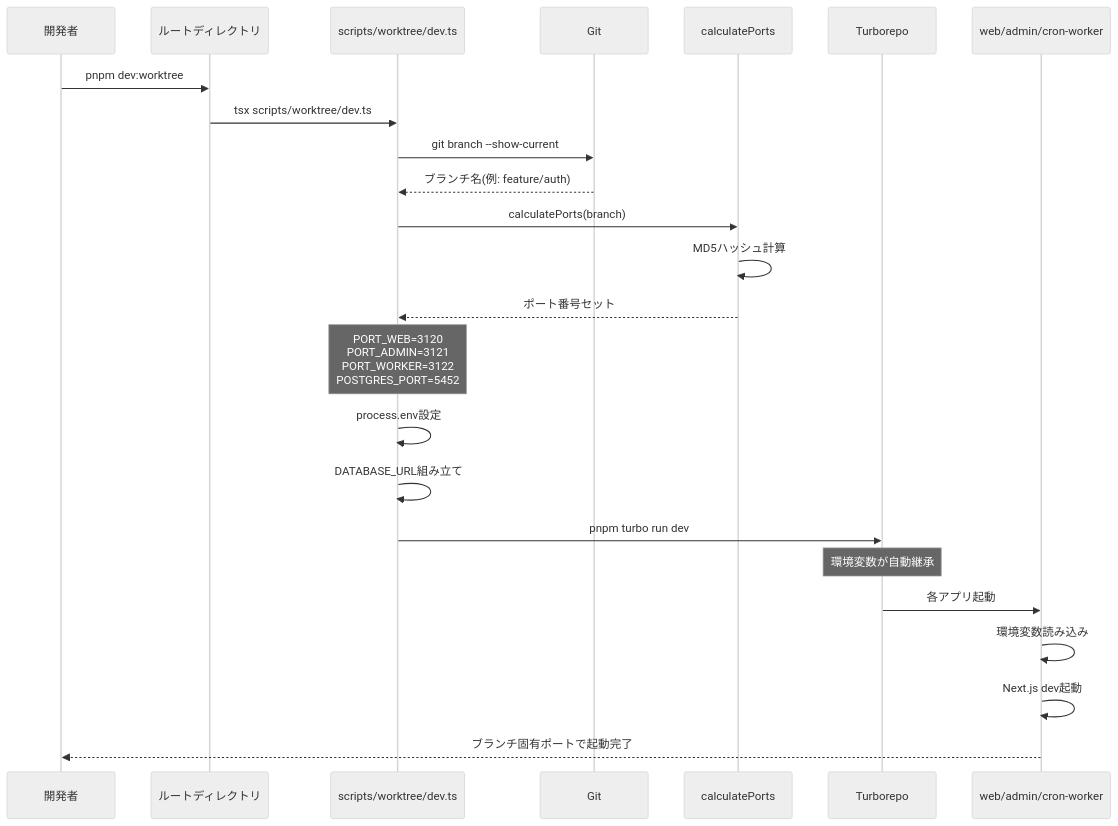
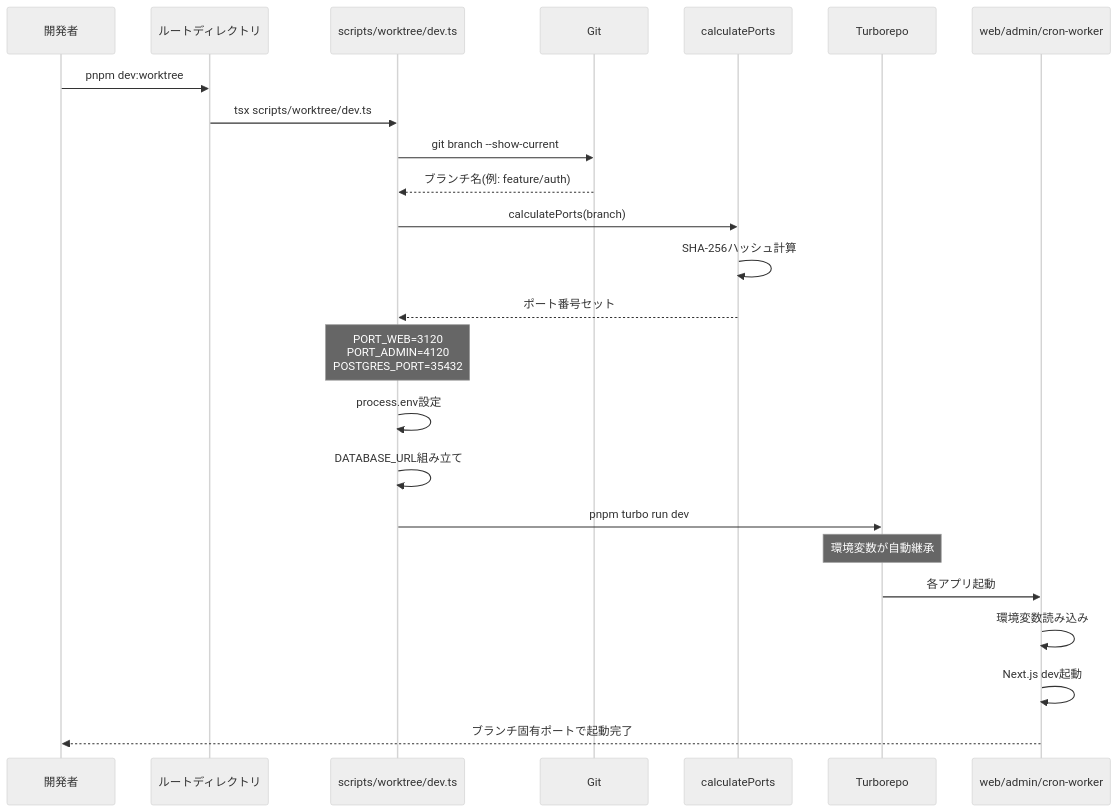
One commit to einja-inc/einja-management-template changed the fourth of 4 diagrams in docs/steering/infrastructure/deployment.md. Above: the diagram before and after it, drawn with Mermaid (neutral theme). The commit also changed other lines of this file and 17 other files, not shown here.

````diff
--- a/docs/steering/infrastructure/deployment.md
+++ b/docs/steering/infrastructure/deployment.md
@@ -409,27 +398,27 @@
 ```mermaid
 sequenceDiagram
     participant Dev as 開発者
     participant Root as ルートディレクトリ
     participant Script as scripts/worktree/dev.ts
     participant Git as Git
     participant Calc as calculatePorts
     participant Turbo as Turborepo
     participant App as web/admin/cron-worker
 
     Dev->>Root: pnpm dev:worktree
     Root->>Script: tsx scripts/worktree/dev.ts
     Script->>Git: git branch --show-current
     Git-->>Script: ブランチ名(例: feature/auth)
     Script->>Calc: calculatePorts(branch)
-    Calc->>Calc: MD5ハッシュ計算
+    Calc->>Calc: SHA-256ハッシュ計算
     Calc-->>Script: ポート番号セット
-    Note over Script: PORT_WEB=3120<br/>PORT_ADMIN=3121<br/>PORT_WORKER=3122<br/>POSTGRES_PORT=5452
+    Note over Script: PORT_WEB=3120<br/>PORT_ADMIN=4120<br/>POSTGRES_PORT=35432
     Script->>Script: process.env設定
     Script->>Script: DATABASE_URL組み立て
     Script->>Turbo: pnpm turbo run dev
     Note over Turbo: 環境変数が自動継承
     Turbo->>App: 各アプリ起動
     App->>App: 環境変数読み込み
     App->>App: Next.js dev起動
     App-->>Dev: ブランチ固有ポートで起動完了
 ```
````
